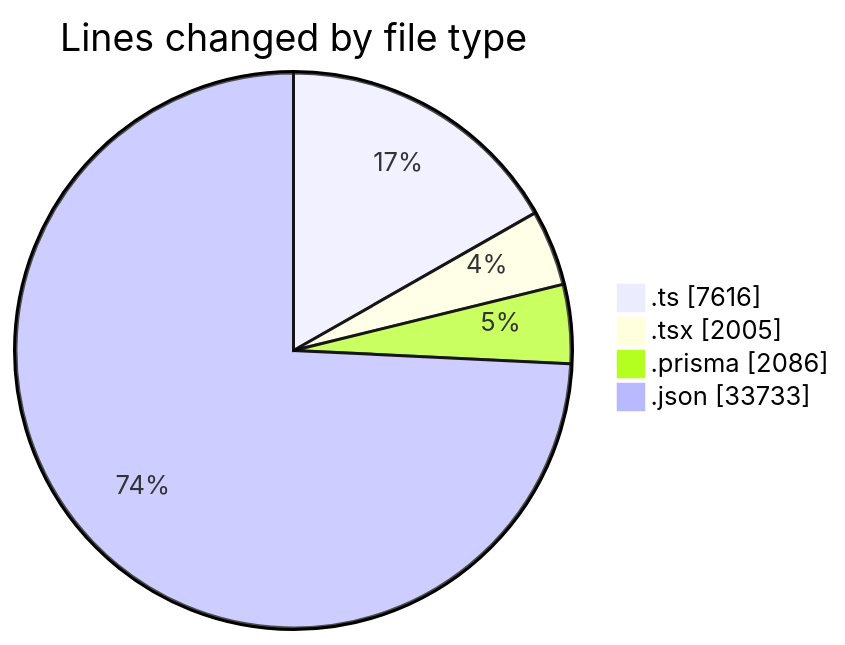
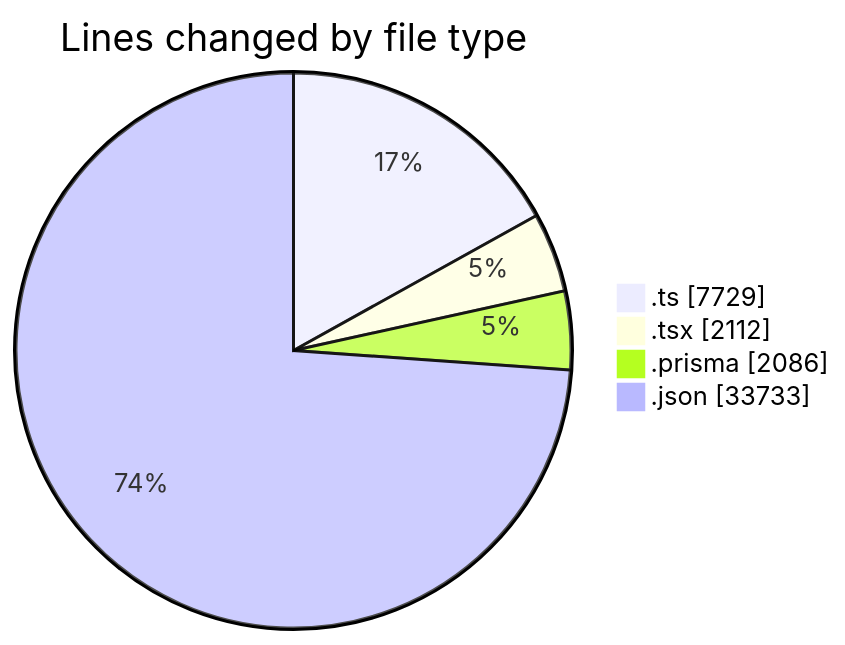
The first of 2 diagrams in 2025-05-19/ecodeli-1/README.md (CELIANVF/code-tracking), drawn with Mermaid before and after one commit. The commit also changed other lines of this file and 1 other file, not shown here.

````diff
--- a/2025-05-19/ecodeli-1/README.md
+++ b/2025-05-19/ecodeli-1/README.md
@@ -48,8 +49,8 @@
 ```mermaid
 pie showData
 title Lines changed by file type
-".ts" : 7616
-".tsx" : 2005
+".ts" : 7729
+".tsx" : 2112
 ".prisma" : 2086
 ".json" : 33733
 ```
````
